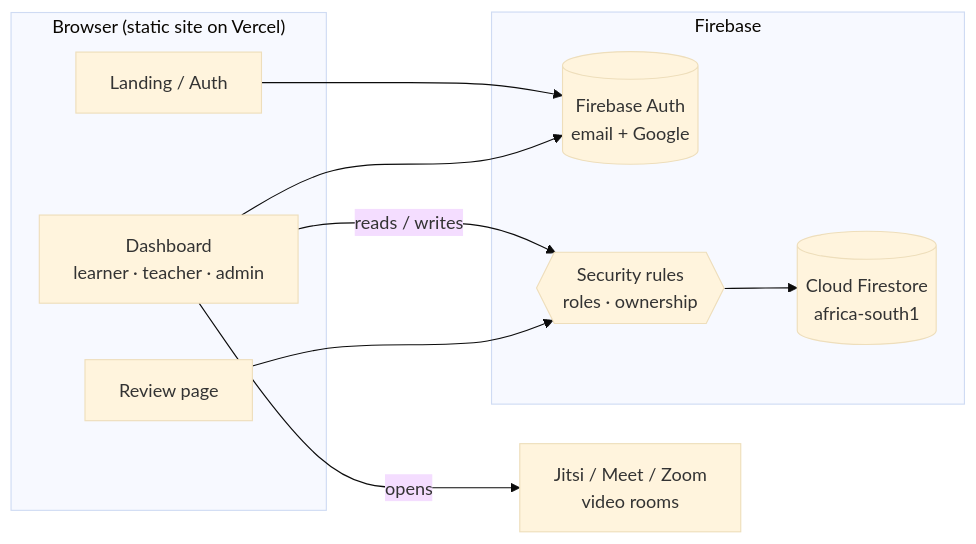
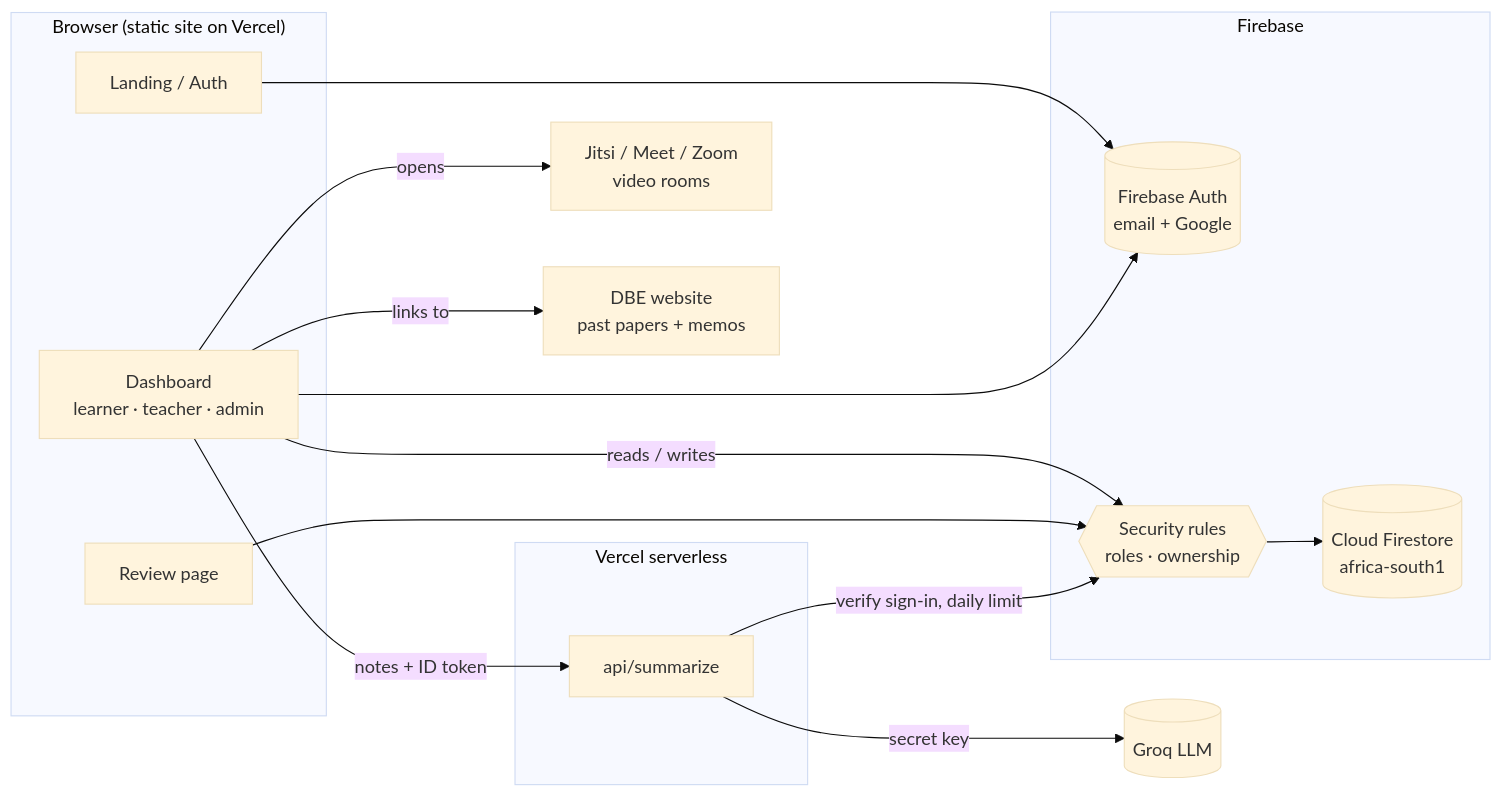
Before and after one commit to Responcebility/LifeSciences-Grade12-Tester: the diagram in README.md, drawn with Mermaid (base theme). The commit also changed other lines of this file and 1 other file, not shown here.

Commit message:
README: past papers, memo marking, AI notes, architecture and tests

````diff
--- a/README.md
+++ b/README.md
@@ -109,20 +132,29 @@
 ```mermaid
 flowchart LR
     subgraph Browser["Browser (static site on Vercel)"]
         L[Landing / Auth]
         D[Dashboard<br/>learner · teacher · admin]
         R[Review page]
     end
     subgraph Firebase
         A[(Firebase Auth<br/>email + Google)]
         S{{Security rules<br/>roles · ownership}}
         F[(Cloud Firestore<br/>africa-south1)]
     end
+    subgraph Vercel["Vercel serverless"]
+        V[api/summarize]
+    end
+    G[(Groq LLM)]
     J[Jitsi / Meet / Zoom<br/>video rooms]
+    E[DBE website<br/>past papers + memos]
 
     L --> A
     D --> A
     D -- reads / writes --> S --> F
     R --> S
+    D -- notes + ID token --> V
+    V -- verify sign-in, daily limit --> S
+    V -- secret key --> G
     D -- opens --> J
+    D -- links to --> E
 ```
````
